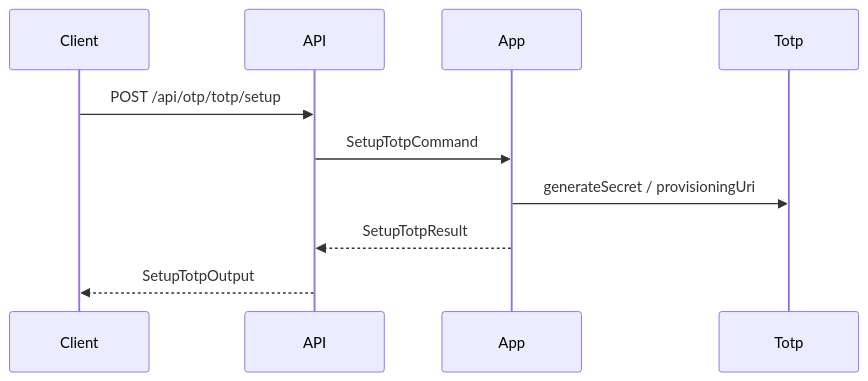
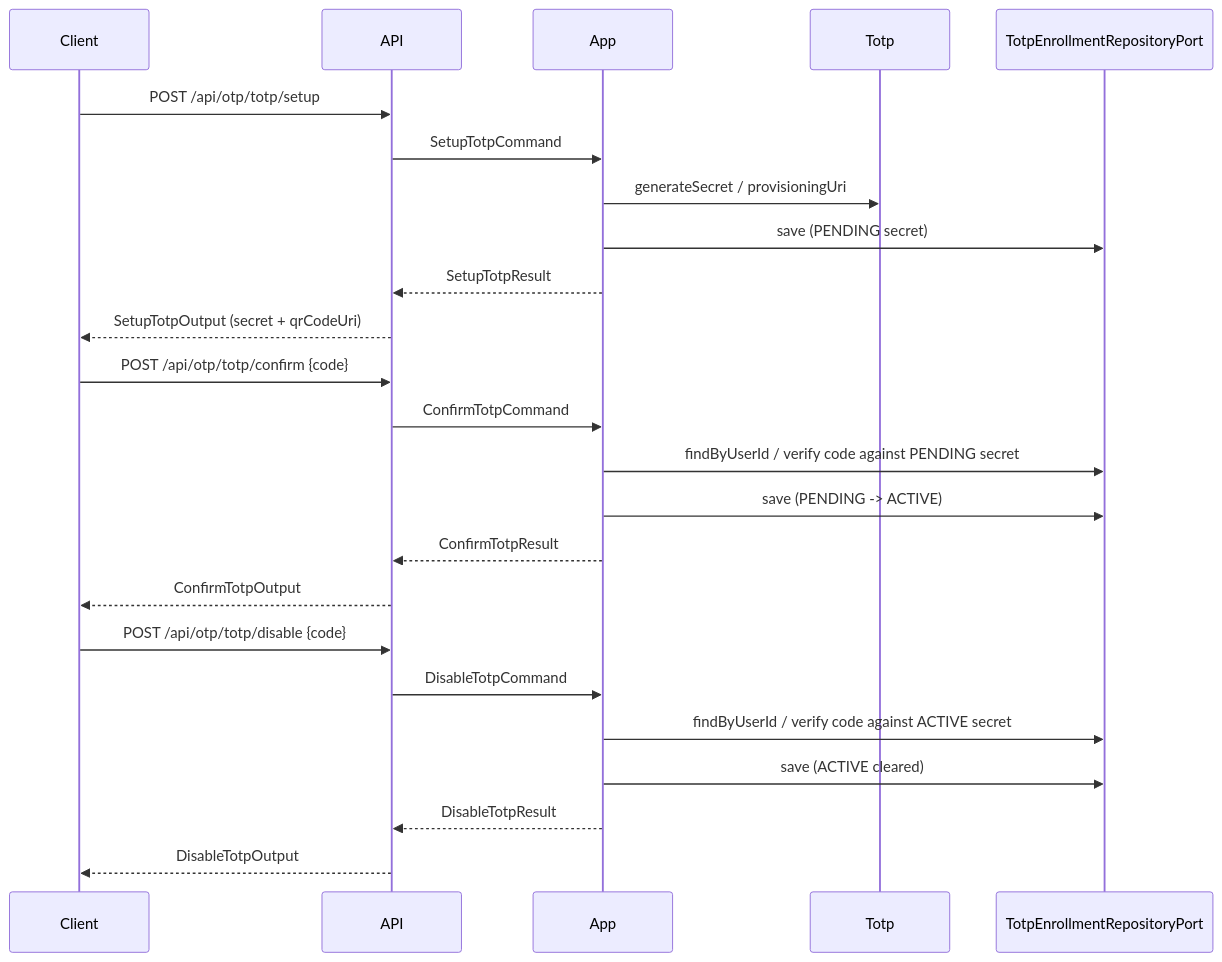
The second of 2 diagrams in src/Otp/MODULE.md (DevSkyLex/fireguard-api), drawn with Mermaid before and after one commit. The commit also changed other lines of this file and 2601 other files, not shown here.

````diff
--- a/src/Otp/MODULE.md
+++ b/src/Otp/MODULE.md
@@ -50,13 +52,29 @@
 ```mermaid
 sequenceDiagram
   participant Client
   participant API
   participant App
   participant Totp
+  participant Repo as TotpEnrollmentRepositoryPort
 
   Client->>API: POST /api/otp/totp/setup
   API->>App: SetupTotpCommand
   App->>Totp: generateSecret / provisioningUri
+  App->>Repo: save (PENDING secret)
   App-->>API: SetupTotpResult
-  API-->>Client: SetupTotpOutput
+  API-->>Client: SetupTotpOutput (secret + qrCodeUri)
+
+  Client->>API: POST /api/otp/totp/confirm {code}
+  API->>App: ConfirmTotpCommand
+  App->>Repo: findByUserId / verify code against PENDING secret
+  App->>Repo: save (PENDING -> ACTIVE)
+  App-->>API: ConfirmTotpResult
+  API-->>Client: ConfirmTotpOutput
+
+  Client->>API: POST /api/otp/totp/disable {code}
+  API->>App: DisableTotpCommand
+  App->>Repo: findByUserId / verify code against ACTIVE secret
+  App->>Repo: save (ACTIVE cleared)
+  App-->>API: DisableTotpResult
+  API-->>Client: DisableTotpOutput
 ```
````
